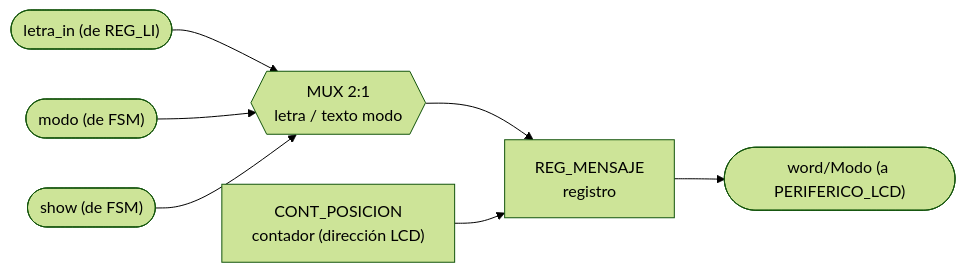
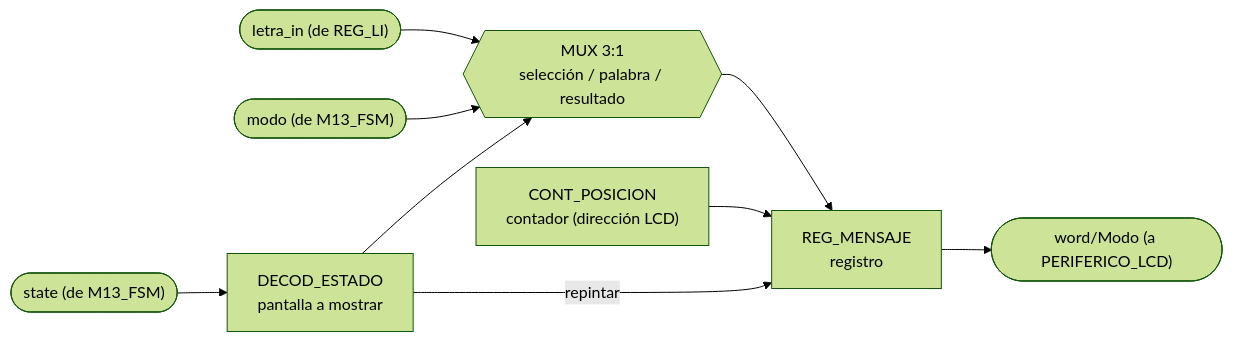
One commit to Taller-de-diseno-digital-GR01/Proyecto-2-Ahorcado changed the fifth of 14 diagrams in docs/diseño/diagramas/nivel03.md. Above: the diagram before and after it, drawn with Mermaid (forest theme). The commit also changed other lines of this file and 1 other file, not shown here.

Commit message:
nivel03: agregar M13_FSM, los demas modulos ahora decodifican state

````diff
--- a/docs/diseño/diagramas/nivel03.md
+++ b/docs/diseño/diagramas/nivel03.md
@@ -242,9 +256,11 @@
 ```mermaid
 flowchart LR
-    IN_LETRA(["letra_in (de REG_LI)"]) --> MUX1{{"MUX 2:1<br/>letra / texto modo"}}
-    IN_MODO(["modo (de FSM)"]) --> MUX1
-    IN_SHOW(["show (de FSM)"]) --> MUX1
-    MUX1 --> REG_MSG["REG_MENSAJE<br/>registro"]
+    IN_LETRA(["letra_in (de REG_LI)"]) --> MUX1{{"MUX 3:1<br/>selección / palabra / resultado"}}
+    IN_MODO(["modo (de M13_FSM)"]) --> MUX1
+    IN_STATE(["state (de M13_FSM)"]) --> DEC_ST["DECOD_ESTADO<br/>pantalla a mostrar"]
+    DEC_ST --> MUX1
+    DEC_ST -->|repintar| REG_MSG["REG_MENSAJE<br/>registro"]
+    MUX1 --> REG_MSG
     CNT_POS["CONT_POSICION<br/>contador (dirección LCD)"] --> REG_MSG
     REG_MSG --> OUT_LCD(["word/Modo (a PERIFERICO_LCD)"])
 ```
````
